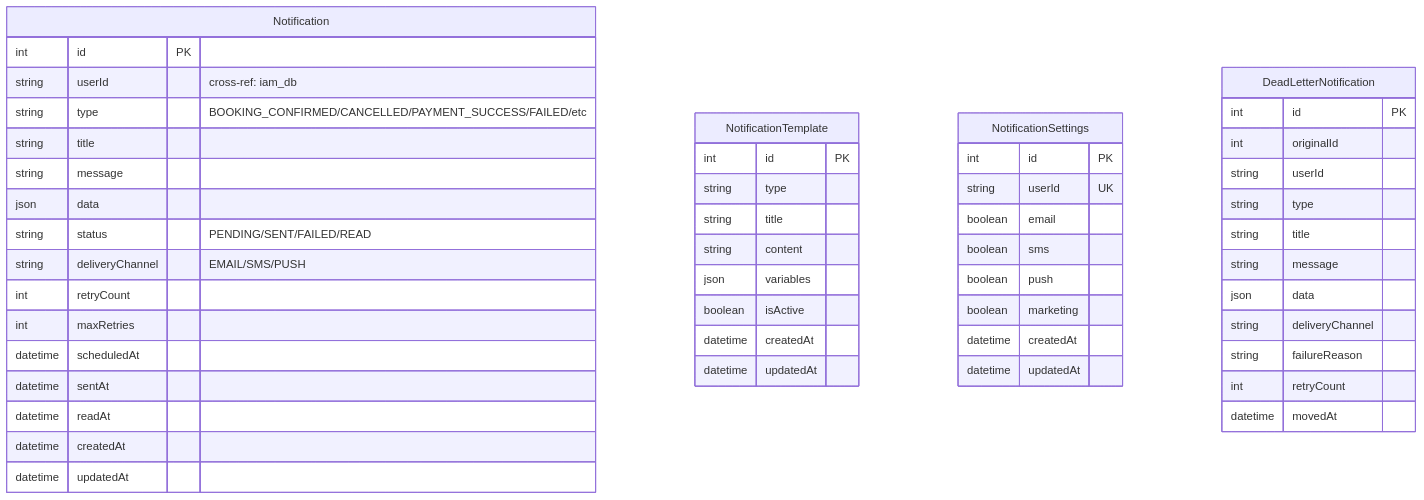
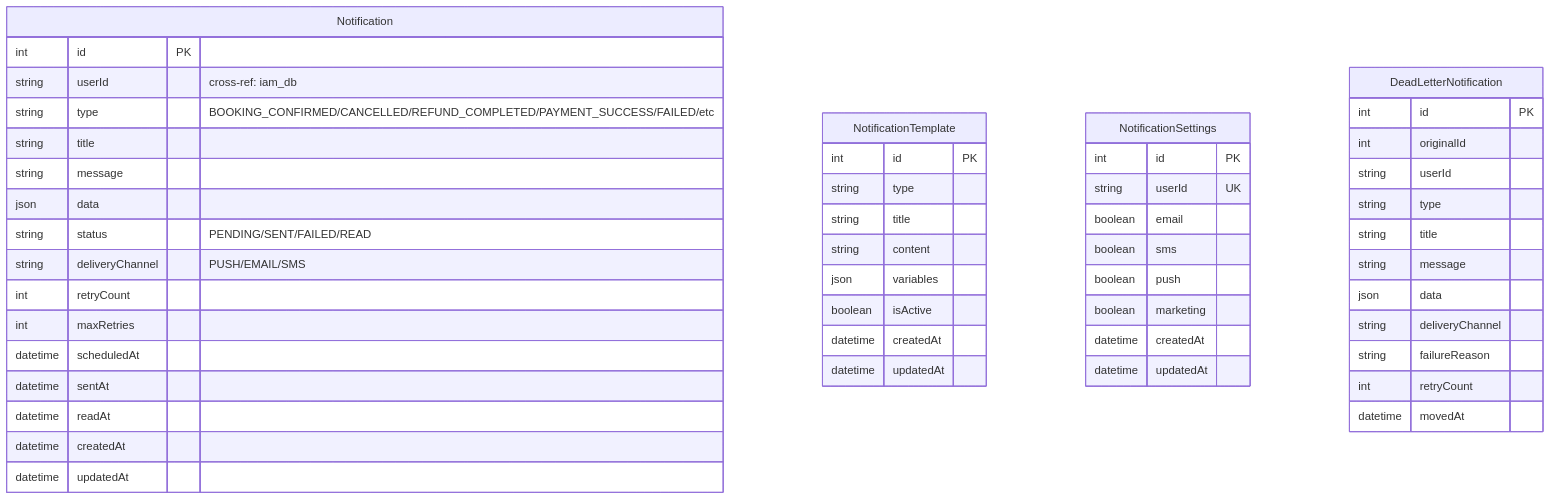
One commit to uniyous/parkgolf-platform changed diagram 24 of 24 in docs/DATABASE_ERD.md. Above: the diagram before and after it, drawn with Mermaid. The commit also changed other lines of this file and 4 other files, not shown here.

First line of the commit message:
chore: 시드 데이터 보강, 슬롯 생성 스크립트, ERD 문서 업데이트

````diff
--- a/docs/DATABASE_ERD.md
+++ b/docs/DATABASE_ERD.md
@@ -895,56 +1113,56 @@
 ```mermaid
 erDiagram
     Notification {
         int id PK
         string userId "cross-ref: iam_db"
-        string type "BOOKING_CONFIRMED/CANCELLED/PAYMENT_SUCCESS/FAILED/etc"
+        string type "BOOKING_CONFIRMED/CANCELLED/REFUND_COMPLETED/PAYMENT_SUCCESS/FAILED/etc"
         string title
         string message
         json data
         string status "PENDING/SENT/FAILED/READ"
-        string deliveryChannel "EMAIL/SMS/PUSH"
+        string deliveryChannel "PUSH/EMAIL/SMS"
         int retryCount
         int maxRetries
         datetime scheduledAt
         datetime sentAt
         datetime readAt
         datetime createdAt
         datetime updatedAt
     }
 
     NotificationTemplate {
         int id PK
         string type
         string title
         string content
         json variables
         boolean isActive
         datetime createdAt
         datetime updatedAt
     }
 
     NotificationSettings {
         int id PK
         string userId UK
         boolean email
         boolean sms
         boolean push
         boolean marketing
         datetime createdAt
         datetime updatedAt
     }
 
     DeadLetterNotification {
         int id PK
         int originalId
         string userId
         string type
         string title
         string message
         json data
         string deliveryChannel
         string failureReason
         int retryCount
         datetime movedAt
     }
 ```
````
